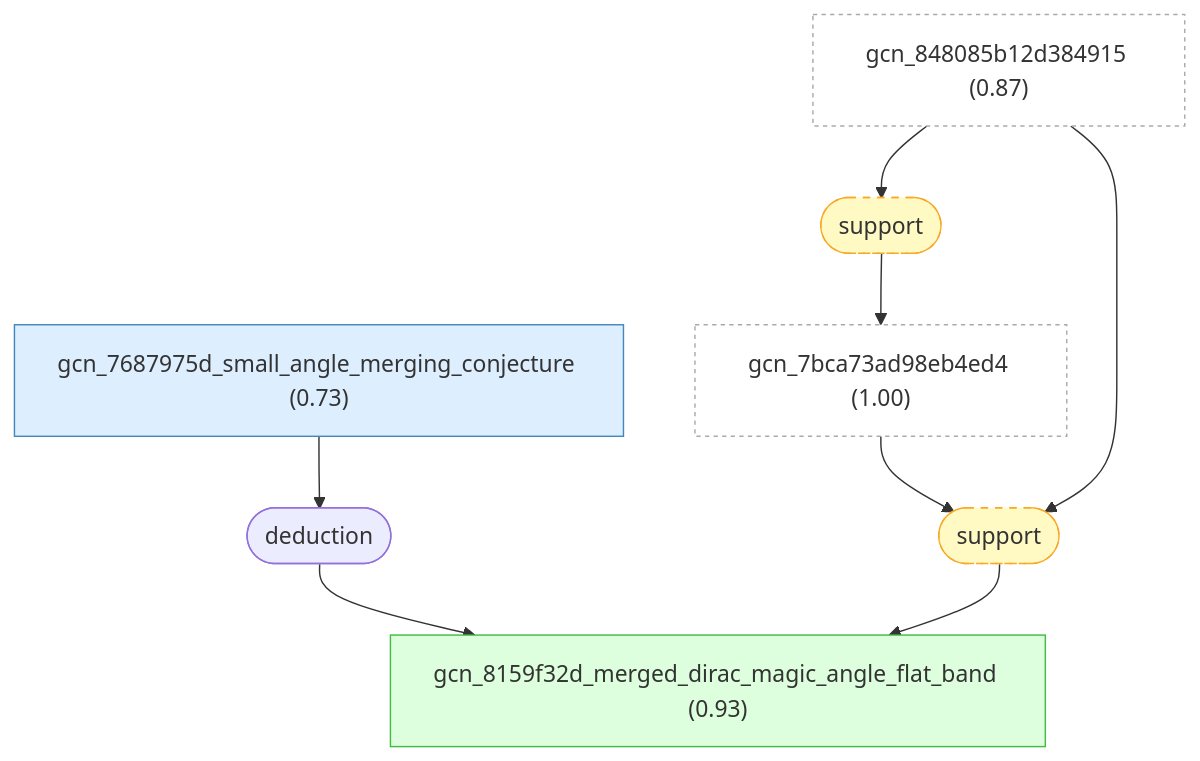
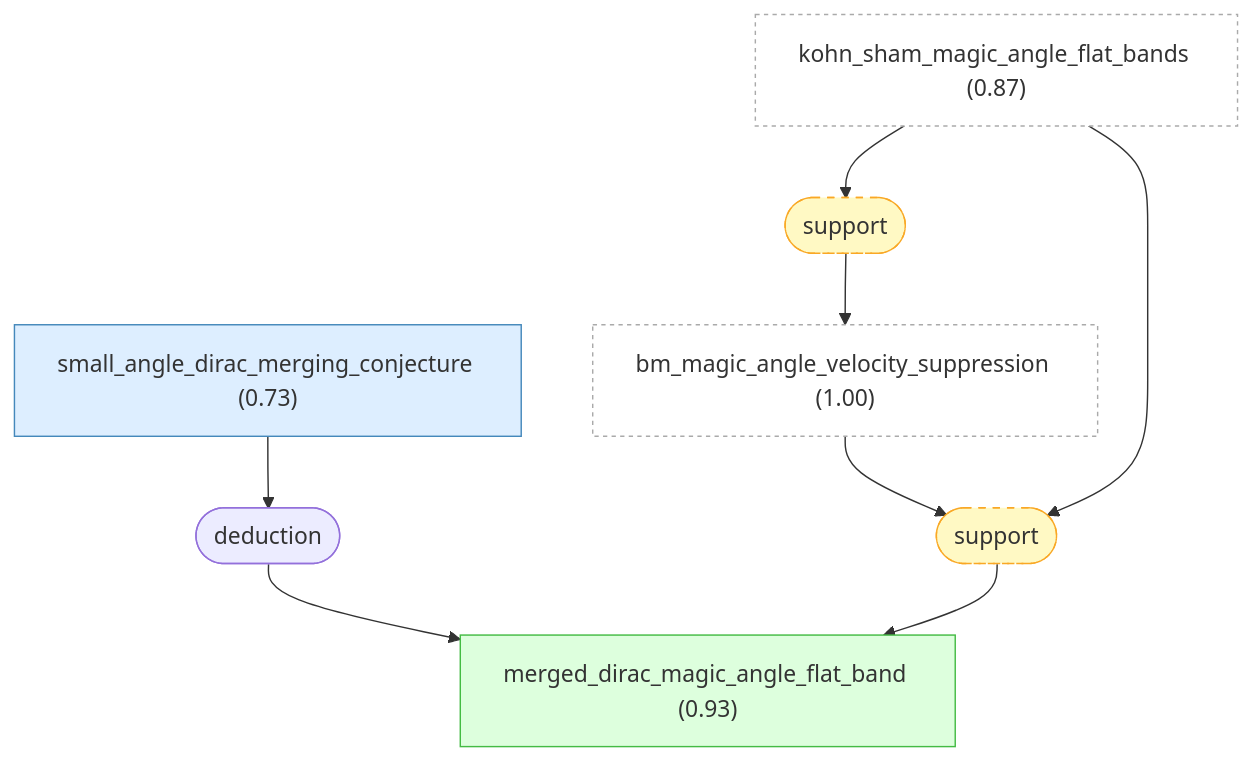
One commit to Callo42/tbg-magic-angle-gaia changed the tenth of 10 diagrams in docs/detailed-reasoning.md. Above: the diagram before and after it, drawn with Mermaid. The commit also changed other lines of this file and 33 other files, not shown here.

````diff
--- a/docs/detailed-reasoning.md
+++ b/docs/detailed-reasoning.md
@@ -833,27 +831,27 @@
 ```mermaid
 graph TD
-    gcn_7bca73ad98eb4ed4["gcn_7bca73ad98eb4ed4 (1.00)"]:::external
-    gcn_848085b12d384915["gcn_848085b12d384915 (0.87)"]:::external
-    gcn_7687975d_small_angle_merging_conjecture["gcn_7687975d_small_angle_merging_conjecture (0.73)"]:::premise
-    gcn_8159f32d_merged_dirac_magic_angle_flat_band["gcn_8159f32d_merged_dirac_magic_angle_flat_band (0.93)"]:::derived
+    bm_magic_angle_velocity_suppression["bm_magic_angle_velocity_suppression (1.00)"]:::external
+    kohn_sham_magic_angle_flat_bands["kohn_sham_magic_angle_flat_bands (0.87)"]:::external
+    small_angle_dirac_merging_conjecture["small_angle_dirac_merging_conjecture (0.73)"]:::premise
+    merged_dirac_magic_angle_flat_band["merged_dirac_magic_angle_flat_band (0.93)"]:::derived
     strat_9(["deduction"])
-    gcn_7687975d_small_angle_merging_conjecture --> strat_9
-    strat_9 --> gcn_8159f32d_merged_dirac_magic_angle_flat_band
+    small_angle_dirac_merging_conjecture --> strat_9
+    strat_9 --> merged_dirac_magic_angle_flat_band
     strat_13(["support"]):::weak
-    gcn_848085b12d384915 --> strat_13
-    strat_13 --> gcn_7bca73ad98eb4ed4
+    kohn_sham_magic_angle_flat_bands --> strat_13
+    strat_13 --> bm_magic_angle_velocity_suppression
     strat_18(["support"]):::weak
-    gcn_7bca73ad98eb4ed4 --> strat_18
-    gcn_848085b12d384915 --> strat_18
-    strat_18 --> gcn_8159f32d_merged_dirac_magic_angle_flat_band
+    bm_magic_angle_velocity_suppression --> strat_18
+    kohn_sham_magic_angle_flat_bands --> strat_18
+    strat_18 --> merged_dirac_magic_angle_flat_band
 
     classDef setting fill:#f0f0f0,stroke:#999,color:#333
     classDef premise fill:#ddeeff,stroke:#4488bb,color:#333
     classDef derived fill:#ddffdd,stroke:#44bb44,color:#333
     classDef question fill:#fff3dd,stroke:#cc9944,color:#333
     classDef background fill:#f5f5f5,stroke:#bbb,stroke-dasharray: 5 5,color:#333
     classDef orphan fill:#fff,stroke:#ccc,stroke-dasharray: 5 5,color:#333
     classDef external fill:#fff,stroke:#aaa,stroke-dasharray: 3 3,color:#333
     classDef weak fill:#fff9c4,stroke:#f9a825,stroke-dasharray: 5 5,color:#333
     classDef contra fill:#ffebee,stroke:#c62828,color:#333
 ```
````
